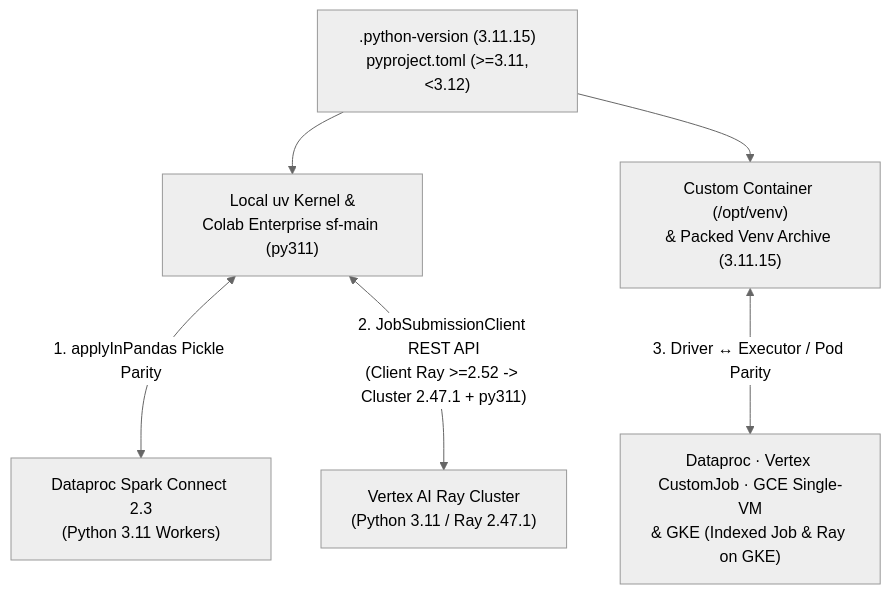
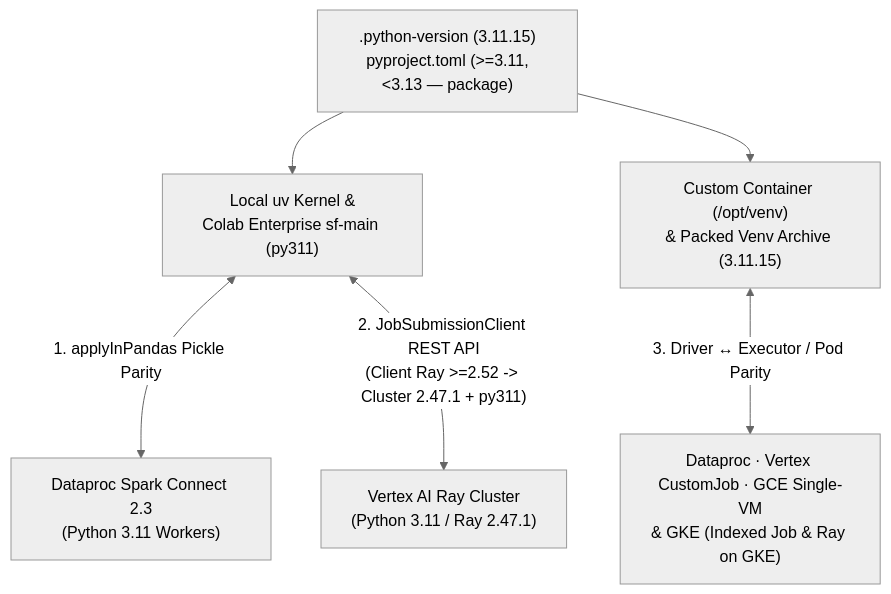
One commit to statmike/scale-forecasting changed the diagram in docs/version_matrix.md. Above: the diagram before and after it, drawn with Mermaid (neutral theme). The commit also changed other lines of this file and 49 other files, not shown here.

````diff
--- a/docs/version_matrix.md
+++ b/docs/version_matrix.md
@@ -21,9 +21,9 @@
 ```mermaid
 flowchart TD
-    Pin[".python-version (3.11.15)<br/>pyproject.toml (>=3.11,<3.12)"]
+    Pin[".python-version (3.11.15)<br/>pyproject.toml (>=3.11,<3.13 — package)"]
     Pin --> Kernel["Local uv Kernel &<br/>Colab Enterprise sf-main (py311)"]
     Pin --> Container["Custom Container (/opt/venv)<br/>& Packed Venv Archive (3.11.15)"]
     Kernel <-->|"1. applyInPandas Pickle Parity"| Connect["Dataproc Spark Connect 2.3<br/>(Python 3.11 Workers)"]
     Kernel <-->|"2. JobSubmissionClient REST API<br/>(Client Ray >=2.52 -> Cluster 2.47.1 + py311)"| VertexRay["Vertex AI Ray Cluster<br/>(Python 3.11 / Ray 2.47.1)"]
     Container <-->|"3. Driver ↔ Executor / Pod Parity"| Batch["Dataproc · Vertex CustomJob · GCE Single-VM<br/>& GKE (Indexed Job & Ray on GKE)"]
 ```
````
